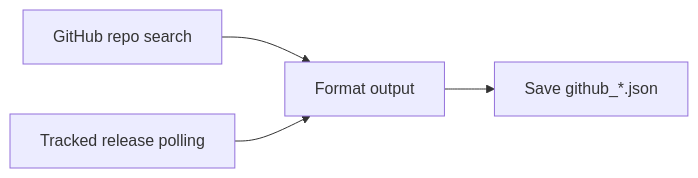
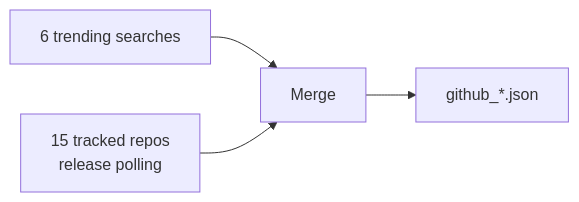
Before and after one commit to kobyal/ai-news-briefing: diagram 11 of 12 in README.md, drawn with Mermaid. The commit also changed other lines of this file and 3 other files, not shown here.

````diff
--- a/README.md
+++ b/README.md
@@ -375,6 +351,6 @@
 ```mermaid
 flowchart LR
-    A["GitHub repo search"] --> C["Format output"]
-    B["Tracked release polling"] --> C
-    C --> D["Save github_*.json"]
+    A[6 trending searches] --> C[Merge]
+    B[15 tracked repos<br/>release polling] --> C
+    C --> D[github_*.json]
 ```
````
